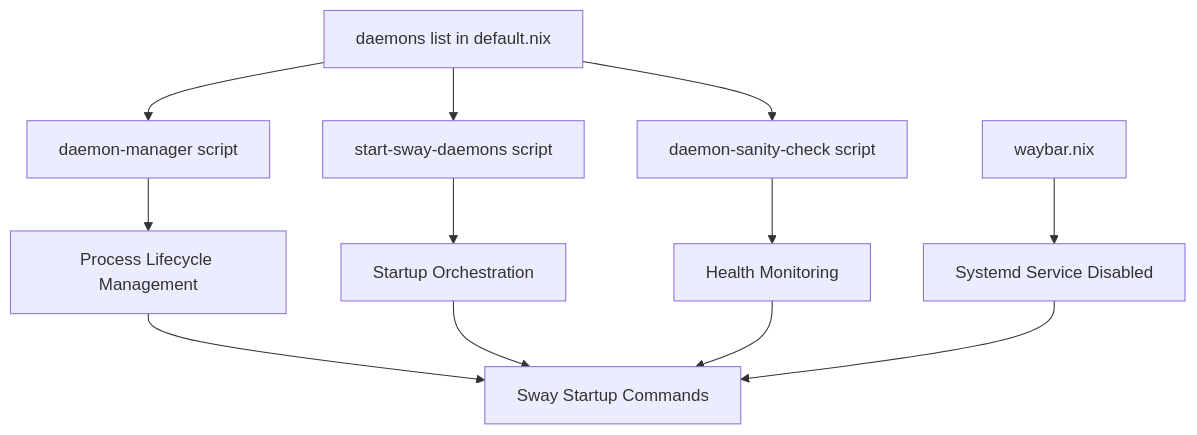
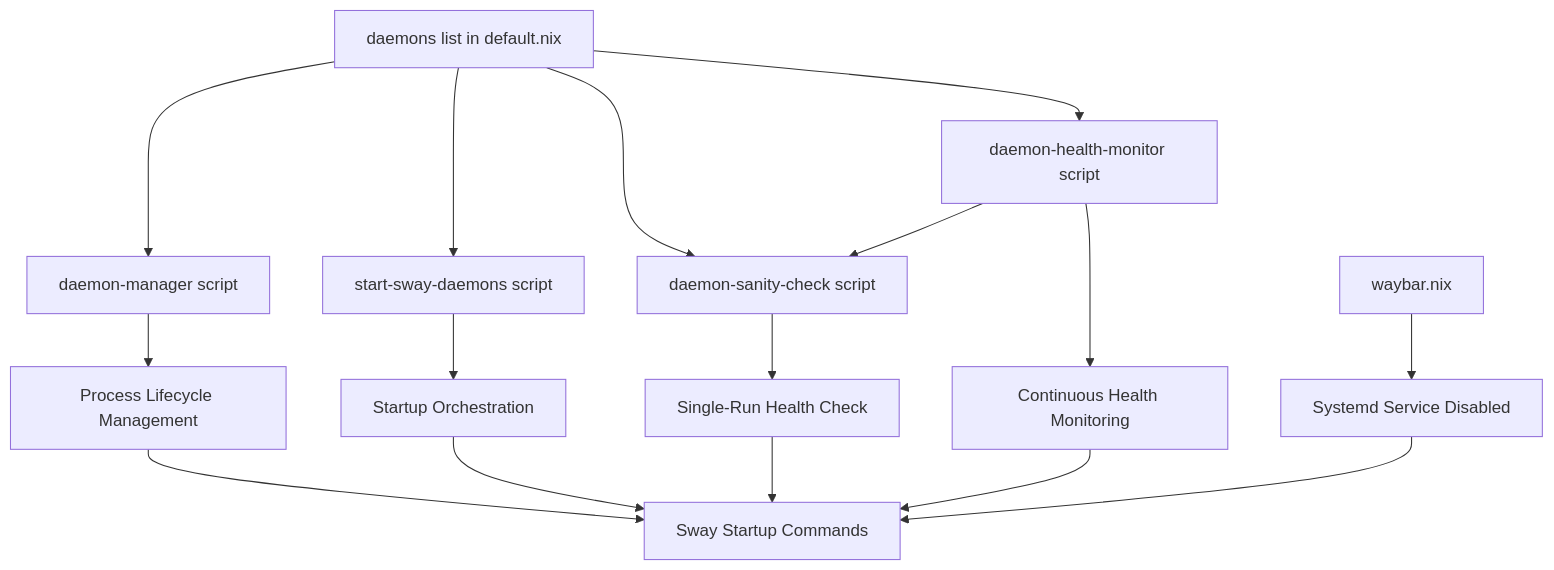
The diagram in docs/user-modules/sway-daemon-integration.md (akunito/my_nixos), drawn with Mermaid before and after one commit. The commit also changed other lines of this file and 1 other file, not shown here.

Commit message:
implemented the whole plan for Sway daemon integration updated.

````diff
--- a/docs/user-modules/sway-daemon-integration.md
+++ b/docs/user-modules/sway-daemon-integration.md
@@ -44,14 +51,18 @@
 ```mermaid
 graph TD
     A[daemons list in default.nix] --> B[daemon-manager script]
     A --> C[start-sway-daemons script]
     A --> D[daemon-sanity-check script]
-    B --> E[Process Lifecycle Management]
-    C --> F[Startup Orchestration]
-    D --> G[Health Monitoring]
-    E --> H[Sway Startup Commands]
-    F --> H
-    G --> H
-    I[waybar.nix] --> J[Systemd Service Disabled]
-    J --> H
+    A --> E[daemon-health-monitor script]
+    B --> F[Process Lifecycle Management]
+    C --> G[Startup Orchestration]
+    D --> H[Single-Run Health Check]
+    E --> I[Continuous Health Monitoring]
+    F --> J[Sway Startup Commands]
+    G --> J
+    H --> J
+    I --> J
+    K[waybar.nix] --> L[Systemd Service Disabled]
+    L --> J
+    E --> D
 ```
````
